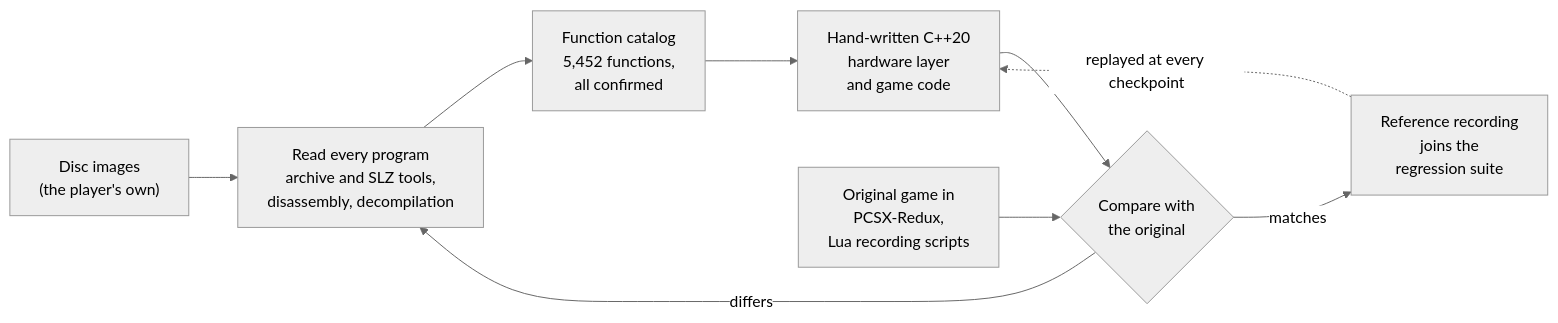
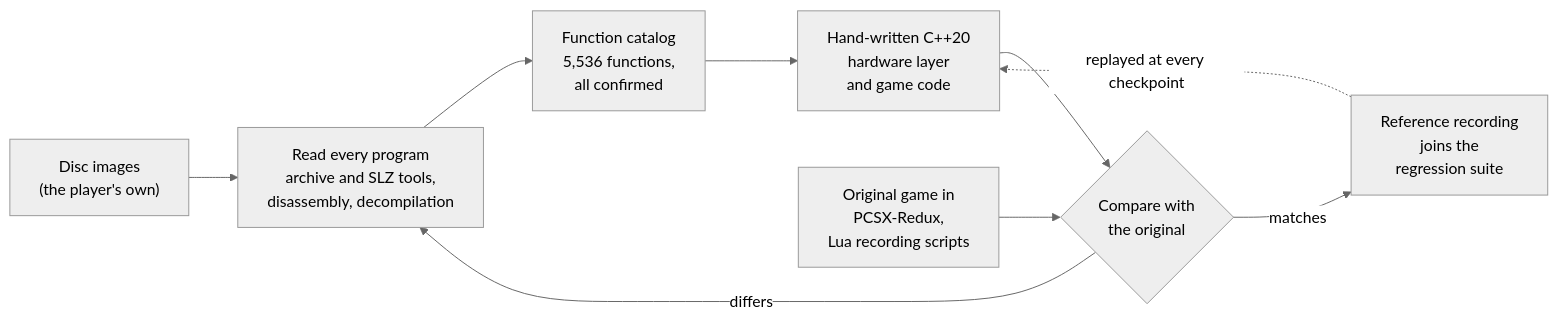
One commit to IronJade/Shattered-Stars changed the diagram in README.md. Above: the diagram before and after it, drawn with Mermaid (neutral theme). The commit also changed other lines of this file and 41 other files, not shown here.

````diff
--- a/README.md
+++ b/README.md
@@ -159,11 +159,11 @@
 ```mermaid
 flowchart LR
     discs["Disc images<br/>(the player's own)"] --> read["Read every program<br/>archive and SLZ tools,<br/>disassembly, decompilation"]
-    read --> cat["Function catalog<br/>5,452 functions,<br/>all confirmed"]
+    read --> cat["Function catalog<br/>5,536 functions,<br/>all confirmed"]
     cat --> cpp["Hand-written C++20<br/>hardware layer<br/>and game code"]
     cpp --> cmp{"Compare with<br/>the original"}
     redux["Original game in<br/>PCSX-Redux,<br/>Lua recording scripts"] --> cmp
     cmp -->|"differs"| read
     cmp -->|"matches"| refs["Reference recording<br/>joins the<br/>regression suite"]
     refs -.->|"replayed at every checkpoint"| cpp
 ```
````
